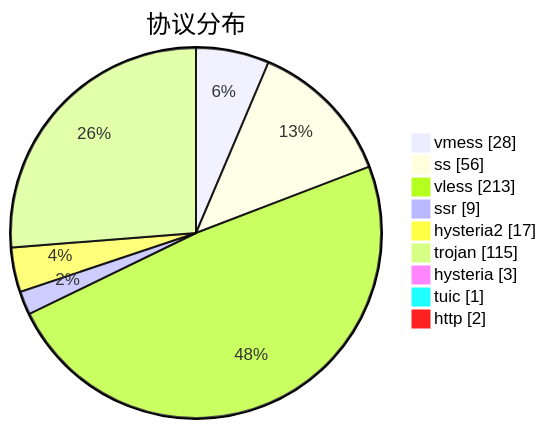
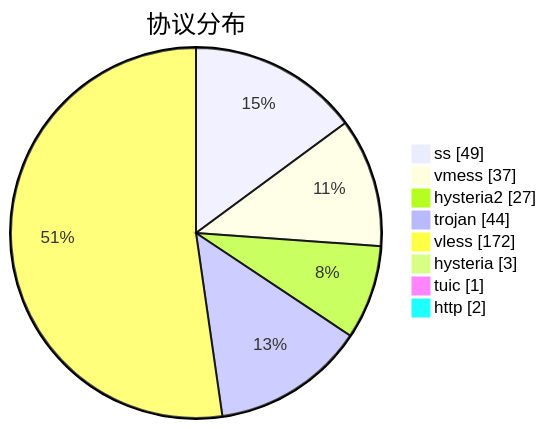
The third of 3 diagrams in subs/statistics/tested_within.md (sinspired/airport), drawn with Mermaid before and after one commit. The commit also changed other lines of this file and 2 other files, not shown here.

````diff
--- a/subs/statistics/tested_within.md
+++ b/subs/statistics/tested_within.md
@@ -46,13 +45,12 @@
 ```mermaid
 pie showData
 title 协议分布
-"vmess" : 28
-"ss" : 56
-"vless" : 213
-"ssr" : 9
-"hysteria2" : 17
-"trojan" : 115
+"ss" : 49
+"vmess" : 37
+"hysteria2" : 27
+"trojan" : 44
+"vless" : 172
 "hysteria" : 3
 "tuic" : 1
 "http" : 2
 ```
````
